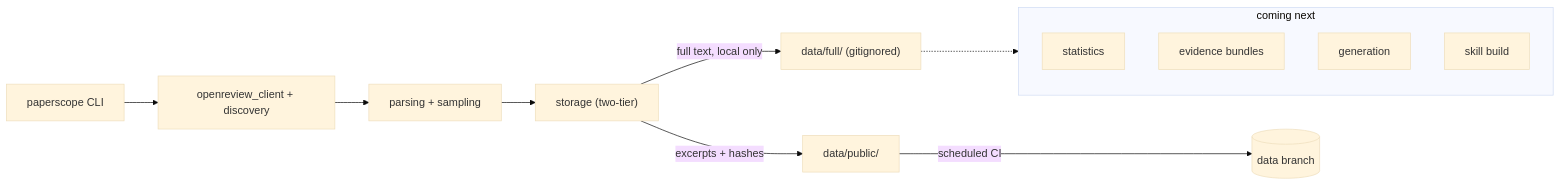
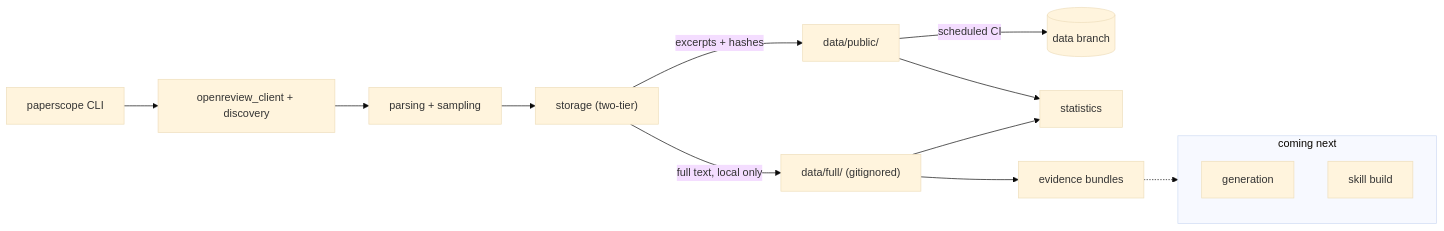
One commit to lakshayxi/paperscope changed the diagram in README.md. Above: the diagram before and after it, drawn with Mermaid (base theme). The commit also changed other lines of this file and 10 other files, not shown here.

````diff
--- a/README.md
+++ b/README.md
@@ -30,17 +30,18 @@
 ```mermaid
 flowchart LR
     CLI["paperscope CLI"] --> OR["openreview_client + discovery"]
     OR --> PS["parsing + sampling"]
     PS --> ST["storage (two-tier)"]
     ST -->|full text, local only| FULL["data/full/ (gitignored)"]
     ST -->|excerpts + hashes| PUB["data/public/"]
     PUB -->|scheduled CI| BRANCH[("data branch")]
+    FULL --> STATS["statistics"]
+    FULL --> EVID["evidence bundles"]
+    PUB --> STATS
 
     subgraph next["coming next"]
-        STATS["statistics"]
-        EVID["evidence bundles"]
         GEN["generation"]
         SKILL["skill build"]
     end
-    FULL -.-> next
+    EVID -.-> next
 ```
````
